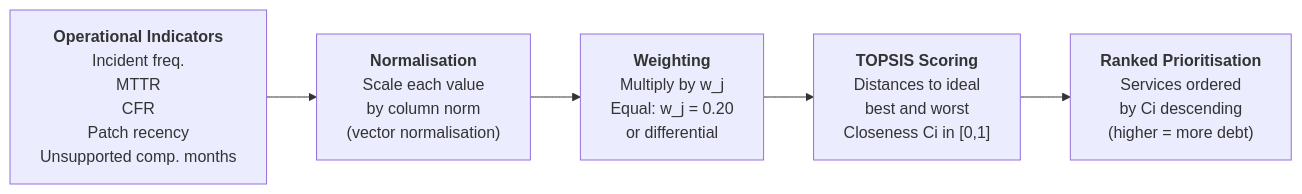
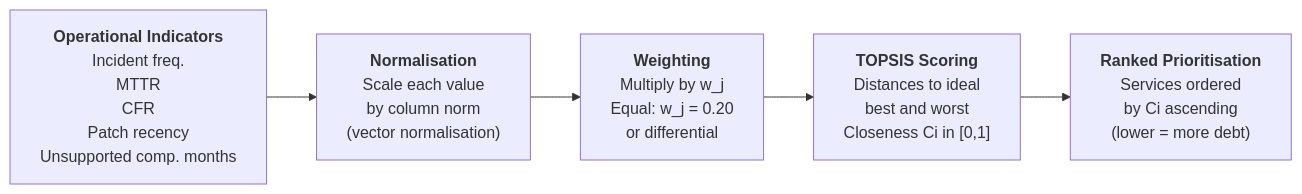
One commit to TobiZeier/MScProject changed the second of 2 diagrams in MScProject/Chapters/3-methodology.qmd. Above: the diagram before and after it, drawn with Mermaid. The commit also changed other lines of this file and 10 other files, not shown here.

````diff
--- a/MScProject/Chapters/3-methodology.qmd
+++ b/MScProject/Chapters/3-methodology.qmd
@@ -117,12 +119,12 @@
 ```{mermaid}
 %%| label: fig-framework-pipeline
 %%| fig-cap: "Framework pipeline: from operational indicators to ranked prioritisation"
 %%| fig-width: 6.5
 
 flowchart LR
     A["<b>Operational Indicators</b><br/>Incident freq.<br/>MTTR<br/>CFR<br/>Patch recency<br/>Unsupported comp. months"]
     --> B["<b>Normalisation</b><br/>Scale each value<br/>by column norm<br/>(vector normalisation)"]
     --> C["<b>Weighting</b><br/>Multiply by w_j<br/>Equal: w_j = 0.20<br/>or differential"]
     --> D["<b>TOPSIS Scoring</b><br/>Distances to ideal<br/>best and worst<br/>Closeness Ci in [0,1]"]
-    --> E["<b>Ranked Prioritisation</b><br/>Services ordered<br/>by Ci descending<br/>(higher = more debt)"]
+    --> E["<b>Ranked Prioritisation</b><br/>Services ordered<br/>by Ci ascending<br/>(lower = more debt)"]
 ```
````
